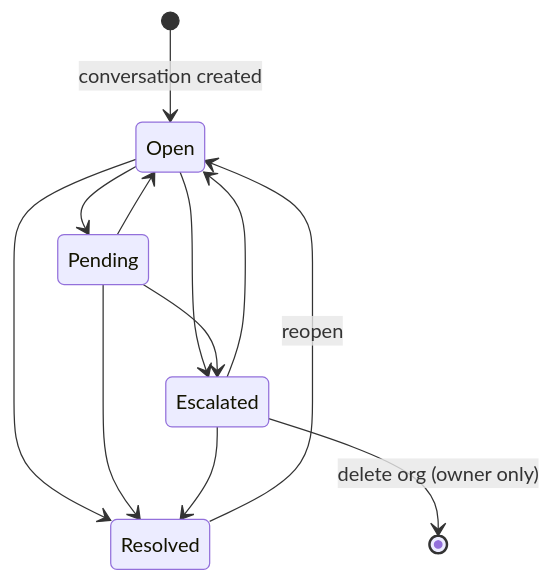
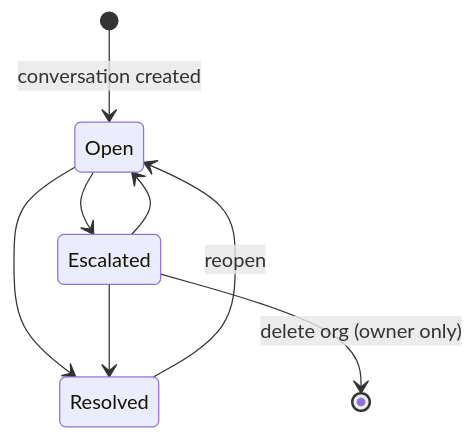
One commit to Xuefeng-Zhu/InboxPilot changed the fifth of 6 diagrams in docs/reference/architecture.md. Above: the diagram before and after it, drawn with Mermaid. The commit also changed 10 other files, not shown here.

````diff
--- a/docs/reference/architecture.md
+++ b/docs/reference/architecture.md
@@ -194,14 +194,10 @@
 ```mermaid
 stateDiagram-v2
   [*] --> Open: conversation created
-  Open --> Pending
   Open --> Resolved
   Open --> Escalated
-  Pending --> Open
-  Pending --> Resolved
-  Pending --> Escalated
   Escalated --> Open
   Escalated --> Resolved
   Resolved --> Open: reopen
   Escalated --> [*]: delete org (owner only)
 ```
````
